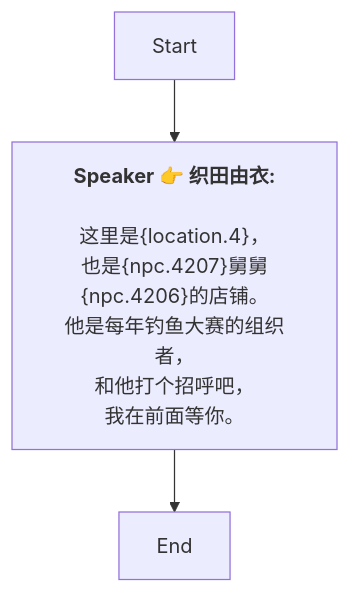
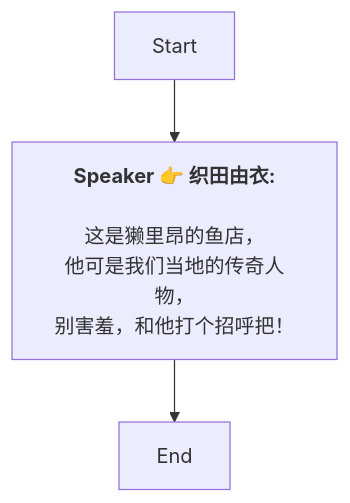
Before and after one commit to SoftHu/tos_avg: the diagram in Zh/QuestStartTalkENode_1741757843185991.md, drawn with Mermaid. The commit also changed 228 other files, not shown here.

````diff
--- a/Zh/QuestStartTalkENode_1741757843185991.md
+++ b/Zh/QuestStartTalkENode_1741757843185991.md
@@ -1,12 +1,10 @@
 ```mermaid
 graph
 Start -->1741757865484618[<b>Speaker 👉 织田由衣:</b>
 
-这里是&lbrace;location.4&rbrace;，
-也是&lbrace;npc.4207&rbrace;舅舅&lbrace;npc.4206&rbrace;的店铺。
-他是每年钓鱼大赛的组织者，
-和他打个招呼吧，
-我在前面等你。]
+这是獭里昂的鱼店，
+他可是我们当地的传奇人物，
+别害羞，和他打个招呼把！]
 1741757865484618 -->1741757936613707[End]
 
  ```
````
